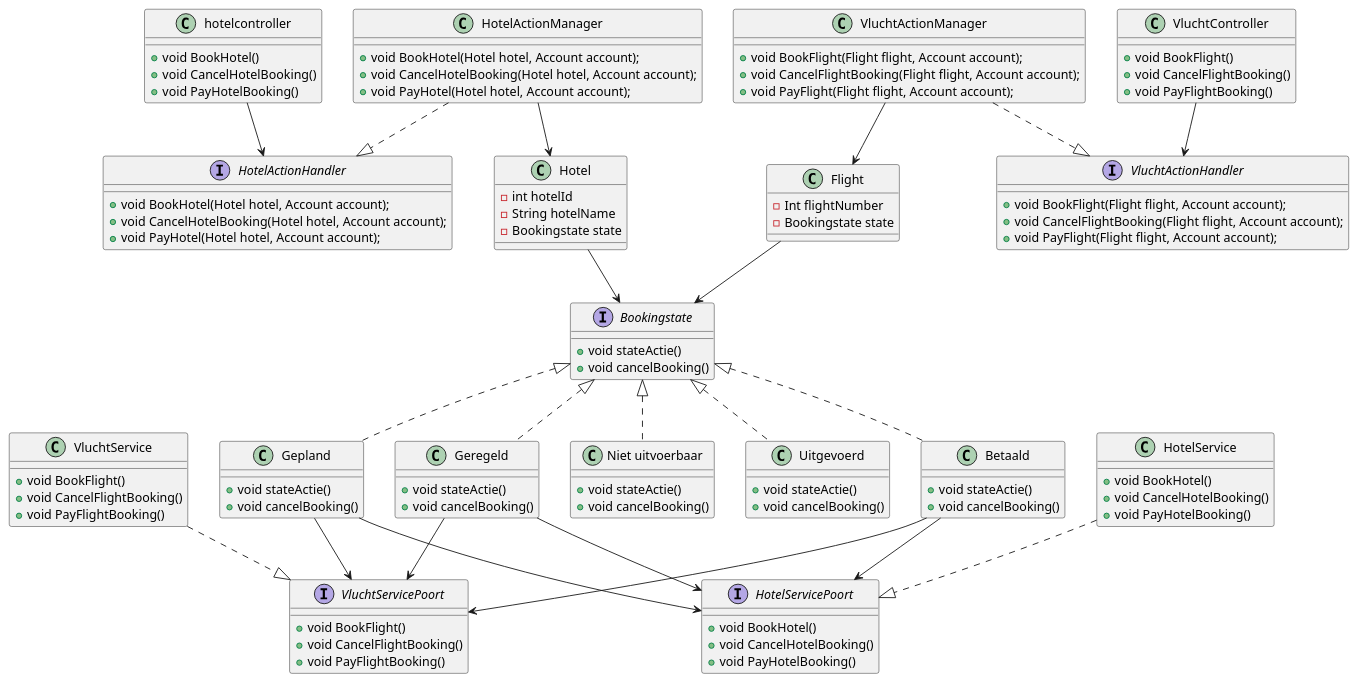
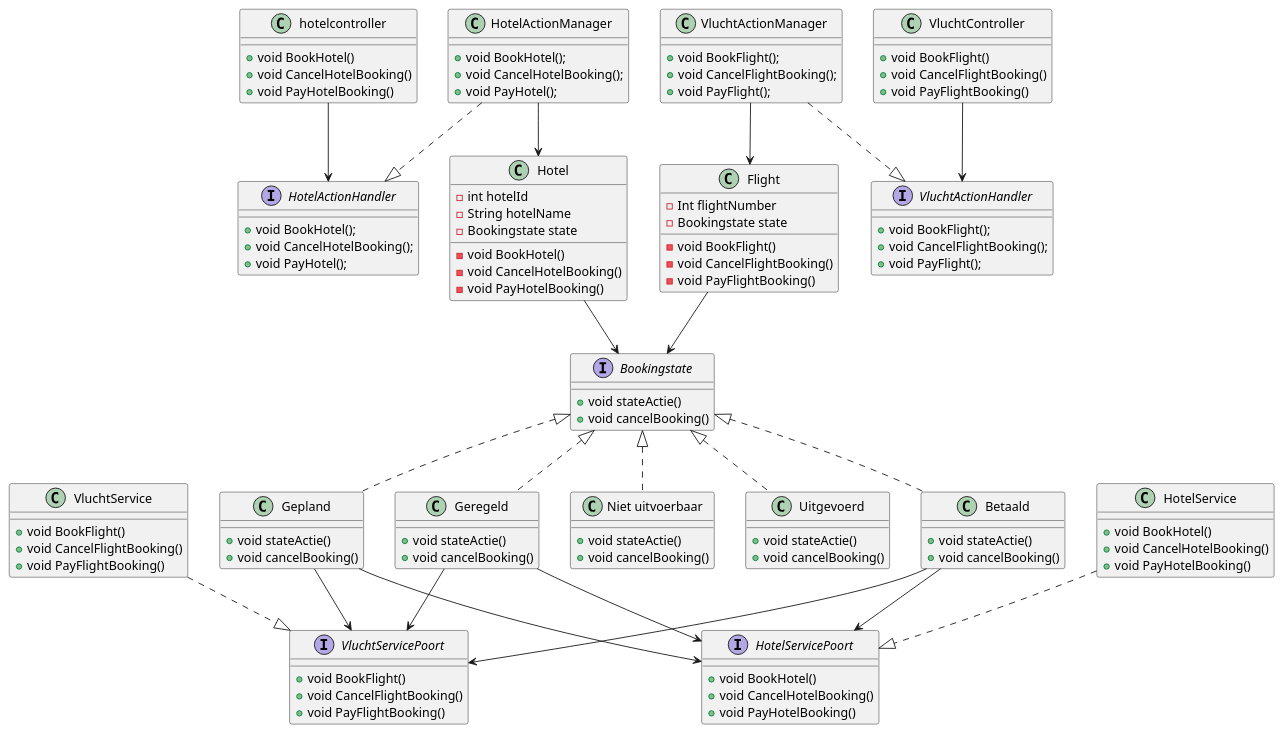
Before and after one commit to AIM-ENE-feb25/triptop-groep-b4: the diagram in prototypes/groepB4/src/main/java/triptop/groepB4/daigrammen/state_pattern_class_diagram.puml, drawn with PlantUML.

```diff
--- a/prototypes/groepB4/src/main/java/triptop/groepB4/daigrammen/state_pattern_class_diagram.puml
+++ b/prototypes/groepB4/src/main/java/triptop/groepB4/daigrammen/state_pattern_class_diagram.puml
@@ -1,113 +1,119 @@
 @startuml
 
 'interfaces
 interface "HotelActionHandler"{
-+ void BookHotel(Hotel hotel, Account account);
-+ void CancelHotelBooking(Hotel hotel, Account account);
-+ void PayHotel(Hotel hotel, Account account);
++ void BookHotel();
++ void CancelHotelBooking();
++ void PayHotel();
 }
 interface "VluchtActionHandler"{
-+ void BookFlight(Flight flight, Account account);
-+ void CancelFlightBooking(Flight flight, Account account);
-+ void PayFlight(Flight flight, Account account);
++ void BookFlight();
++ void CancelFlightBooking();
++ void PayFlight();
 }
 interface "VluchtServicePoort"{
 + void BookFlight()
 + void CancelFlightBooking()
 + void PayFlightBooking()
 }
 interface "HotelServicePoort"{
 + void BookHotel()
 + void CancelHotelBooking()
 + void PayHotelBooking()
 }
 interface "Bookingstate" {
 + void stateActie()
 + void cancelBooking()
 }
 
 'classes
 class "hotelcontroller" {
 + void BookHotel()
 + void CancelHotelBooking()
 + void PayHotelBooking()
 }
 class "HotelService"{
 + void BookHotel()
 + void CancelHotelBooking()
 + void PayHotelBooking()
 }
 class "VluchtController"{
 + void BookFlight()
 + void CancelFlightBooking()
 + void PayFlightBooking()
 }
 class "VluchtService"{
 + void BookFlight()
 + void CancelFlightBooking()
 + void PayFlightBooking()
 }
 class "HotelActionManager"{
-+ void BookHotel(Hotel hotel, Account account);
-+ void CancelHotelBooking(Hotel hotel, Account account);
-+ void PayHotel(Hotel hotel, Account account);
++ void BookHotel();
++ void CancelHotelBooking();
++ void PayHotel();
 }
 class "VluchtActionManager"{
-+ void BookFlight(Flight flight, Account account);
-+ void CancelFlightBooking(Flight flight, Account account);
-+ void PayFlight(Flight flight, Account account);
++ void BookFlight();
++ void CancelFlightBooking();
++ void PayFlight();
 }
 class "Gepland" {
 + void stateActie()
 + void cancelBooking()
 }
 class "Geregeld" {
 + void stateActie()
 + void cancelBooking()
 }
 class "Betaald" {
 + void stateActie()
 + void cancelBooking()
 }
 class "Niet uitvoerbaar" {
 + void stateActie()
 + void cancelBooking()
 }
 class "Uitgevoerd" {
 + void stateActie()
 + void cancelBooking()
 }
 class "Hotel" {
 - int hotelId
 - String hotelName
 - Bookingstate state
+- void BookHotel()
+- void CancelHotelBooking()
+- void PayHotelBooking()
 }
 class "Flight" {
 - Int flightNumber
 - Bookingstate state
+- void BookFlight()
+- void CancelFlightBooking()
+- void PayFlightBooking()
 }
 
 'relaties
 "hotelcontroller" --> "HotelActionHandler"
 "HotelService" 	..|> "HotelServicePoort"
 "VluchtController" --> "VluchtActionHandler"
 "VluchtService" ..|> "VluchtServicePoort"
 "HotelActionManager" ..|> "HotelActionHandler"
 "VluchtActionManager" ..|> "VluchtActionHandler"
 "Gepland" --> "HotelServicePoort"
 "Gepland" --> "VluchtServicePoort"
 "Geregeld" --> "HotelServicePoort"
 "Geregeld" --> "VluchtServicePoort"
 "Betaald" --> "HotelServicePoort"
 "Betaald" --> "VluchtServicePoort"
 "Flight" --> "Bookingstate"
 "Hotel" --> "Bookingstate"
 "Bookingstate" <|.. "Gepland"
 "Bookingstate" <|.. "Geregeld"
 "Bookingstate" <|.. "Betaald"
 "Bookingstate" <|.. "Niet uitvoerbaar"
 "Bookingstate" <|.. "Uitgevoerd"
 "VluchtActionManager" --> "Flight"
 "HotelActionManager" --> "Hotel"
 
 @enduml
```
